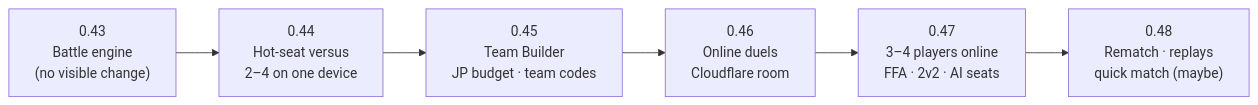
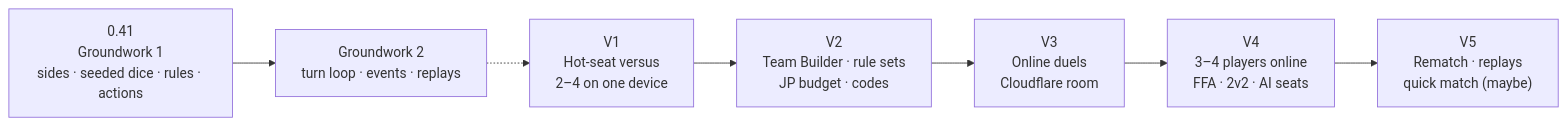
The third of 3 diagrams in docs/ONLINE_VERSUS.md (CptNope/Chess-RPG-Tactics), drawn with Mermaid before and after one commit. The commit also changed other lines of this file and 1 other file, not shown here.

First line of the commit message:
Plan: versus later, rules fully configurable

````diff
--- a/docs/ONLINE_VERSUS.md
+++ b/docs/ONLINE_VERSUS.md
@@ -168,8 +221,9 @@
 ```mermaid
 flowchart LR
-    A["0.43<br/>Battle engine<br/>(no visible change)"] --> B["0.44<br/>Hot-seat versus<br/>2–4 on one device"]
-    B --> C["0.45<br/>Team Builder<br/>JP budget · team codes"]
-    C --> D["0.46<br/>Online duels<br/>Cloudflare room"]
-    D --> E["0.47<br/>3–4 players online<br/>FFA · 2v2 · AI seats"]
-    E --> F["0.48<br/>Rematch · replays<br/>quick match (maybe)"]
+    G1["0.41<br/>Groundwork 1<br/>sides · seeded dice · rules · actions"] --> G2["Groundwork 2<br/>turn loop · events · replays"]
+    G2 -.-> V1["V1<br/>Hot-seat versus<br/>2–4 on one device"]
+    V1 --> V2["V2<br/>Team Builder · rule sets<br/>JP budget · codes"]
+    V2 --> V3["V3<br/>Online duels<br/>Cloudflare room"]
+    V3 --> V4["V4<br/>3–4 players online<br/>FFA · 2v2 · AI seats"]
+    V4 --> V5["V5<br/>Rematch · replays<br/>quick match (maybe)"]
 ```
````
